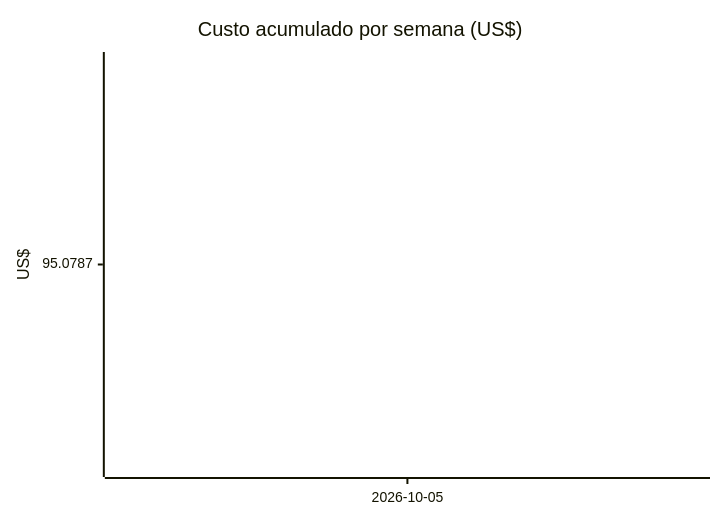
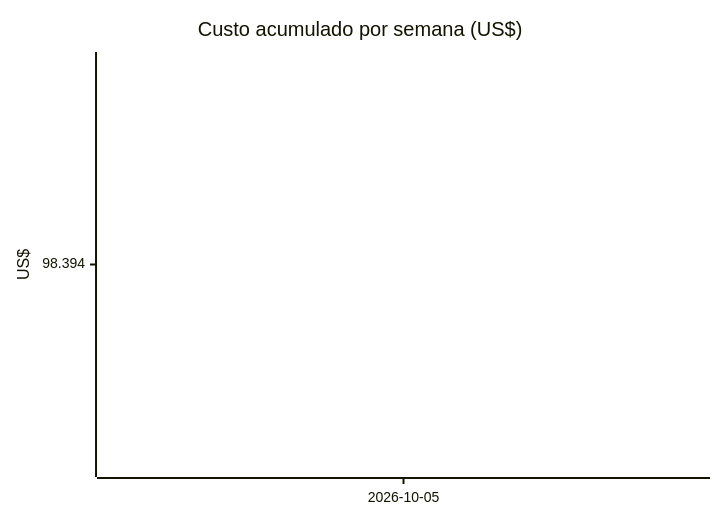
Before and after one commit to betoth/cantina: the second of 2 diagrams in docs/ai-costs.md, drawn with Mermaid. The commit also changed other lines of this file and 8 other files, not shown here.

````diff
--- a/docs/ai-costs.md
+++ b/docs/ai-costs.md
@@ -20,7 +20,7 @@
 ```mermaid
 xychart-beta
     title "Custo acumulado por semana (US$)"
     x-axis ["2026-10-05"]
     y-axis "US$"
-    line [95.0787]
+    line [98.3940]
 ```
````
